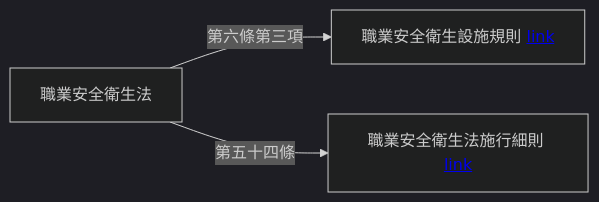
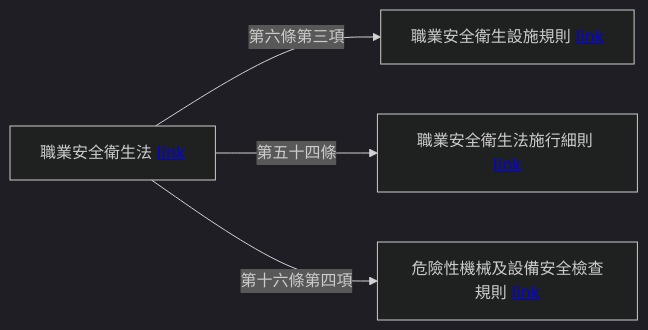
One commit to YuCH-Hank/OSH changed the diagram in docs/法規參考連結.md. Above: the diagram before and after it, drawn with Mermaid (dark theme). The commit also changed other lines of this file and 9 other files, not shown here.

````diff
--- a/docs/法規參考連結.md
+++ b/docs/法規參考連結.md
@@ -3,6 +3,6 @@
 ```mermaid
 flowchart LR
-    A["職業安全衛生法"] --第六條第三項--> B["職業安全衛生設施規則" <a href='https://law.moj.gov.tw/LawClass/LawAll.aspx?pcode=N0060009'>link</a>]
+    A["職業安全衛生法" <a href='https://law.moj.gov.tw/LawClass/LawAll.aspx?pcode=N0060001&kw=%e8%81%b7%e6%a5%ad%e5%ae%89%e5%85%a8%e8%a1%9b%e7%94%9f%e6%b3%95'>link</a>] --第六條第三項--> B["職業安全衛生設施規則" <a href='https://law.moj.gov.tw/LawClass/LawAll.aspx?pcode=N0060009'>link</a>]
     A --第五十四條--> C["職業安全衛生法施行細則" <a href='https://law.moj.gov.tw/LawClass/LawAll.aspx?pcode=N0060002'>link</a>]
-
+    A -- 第十六條第四項 --> D["危險性機械及設備安全檢查規則" <a href='https://law.moj.gov.tw/LawClass/LawAll.aspx?pcode=N0060039'>link</a>]
 ```
````
